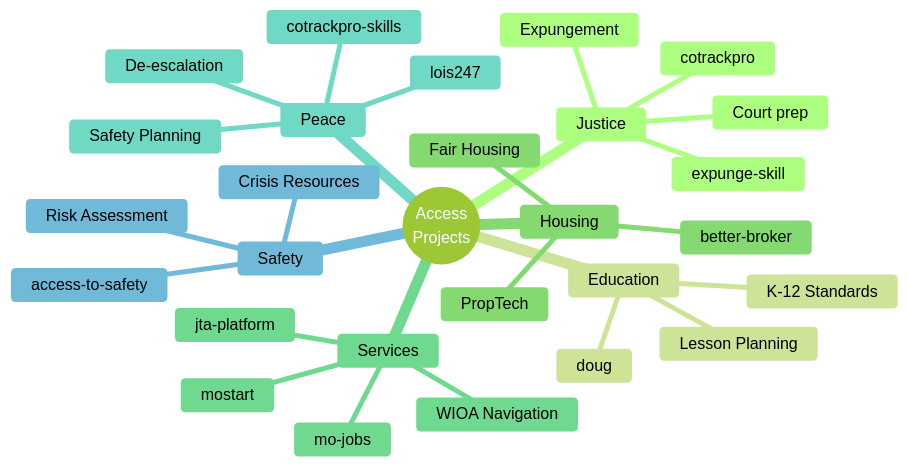
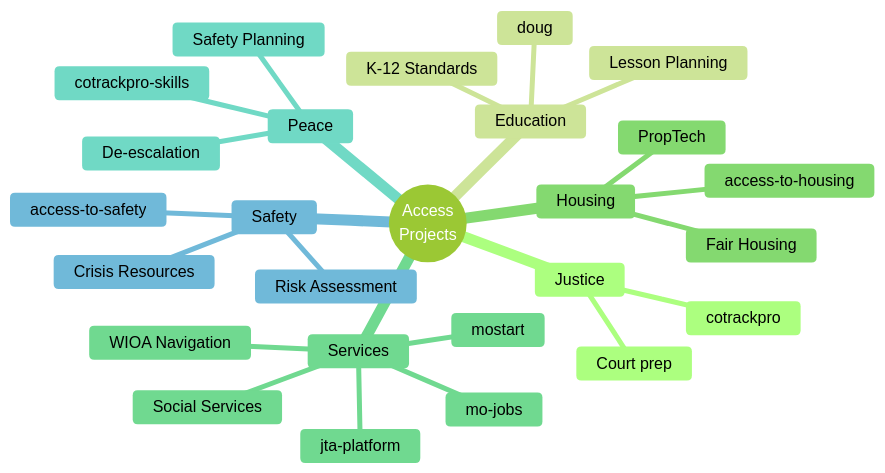
One commit to dougdevitre/access-to changed the second of 4 diagrams in README.md. Above: the diagram before and after it, drawn with Mermaid (forest theme). The commit also changed other lines of this file, not shown here.

First line of the commit message:
Update README: remove lois247, expunge-skill, better-broker; add Social Services to diagram

````diff
--- a/README.md
+++ b/README.md
@@ -99,31 +97,29 @@
 ```mermaid
 mindmap
   root((Access<br/>Projects))
     Justice
       cotrackpro
-      expunge-skill
       Court prep
-      Expungement
     Education
       doug
       K-12 Standards
       Lesson Planning
     Housing
-      better-broker
+      access-to-housing
       PropTech
       Fair Housing
     Services
       mo-jobs
       mostart
       jta-platform
+      Social Services
       WIOA Navigation
     Peace
       cotrackpro-skills
-      lois247
       De-escalation
       Safety Planning
     Safety
       access-to-safety
       Risk Assessment
       Crisis Resources
 ```
````
